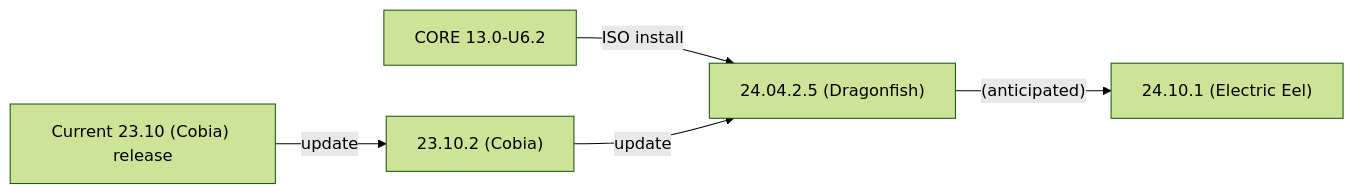
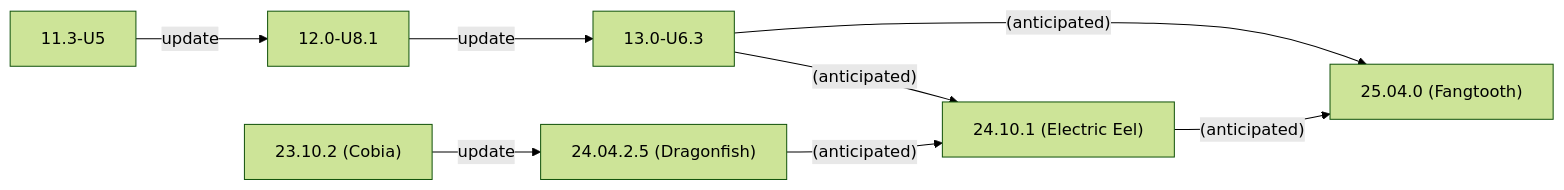
The second of 2 diagrams in static/includes/SCALEUpgradePaths.md (truenas/documentation), drawn with Mermaid (forest theme) before and after one commit. The commit also changed other lines of this file, not shown here.

```diff
--- a/static/includes/SCALEUpgradePaths.md
+++ b/static/includes/SCALEUpgradePaths.md
@@ -65,8 +80,11 @@
           {{< mermaid class="mermaid_sizing" >}}
           flowchart LR
-            A["CORE 13.0-U6.2"] -->|ISO install| D
-            B["Current 23.10 (Cobia) release"] -->|update| C
-            C["23.10.2 (Cobia)"] -->|update| D
-            D["24.04.2.5 (Dragonfish)"]  -->|"(anticipated)"| E
-            E["24.10.1 (Electric Eel)"]
+            A["11.3-U5"] -->|update| B
+            B["12.0-U8.1"] -->|update| C
+            C["13.0-U6.3"] -->|"(anticipated)"| F
+            C["13.0-U6.3"] -->|"(anticipated)"| G
+            D["23.10.2 (Cobia)"] -->|update| E
+            E["24.04.2.5 (Dragonfish)"]  -->|"(anticipated)"| F
+            F["24.10.1 (Electric Eel)"] -->|"(anticipated)"| G
+            G["25.04.0 (Fangtooth)"]
           {{< /mermaid >}}
```
